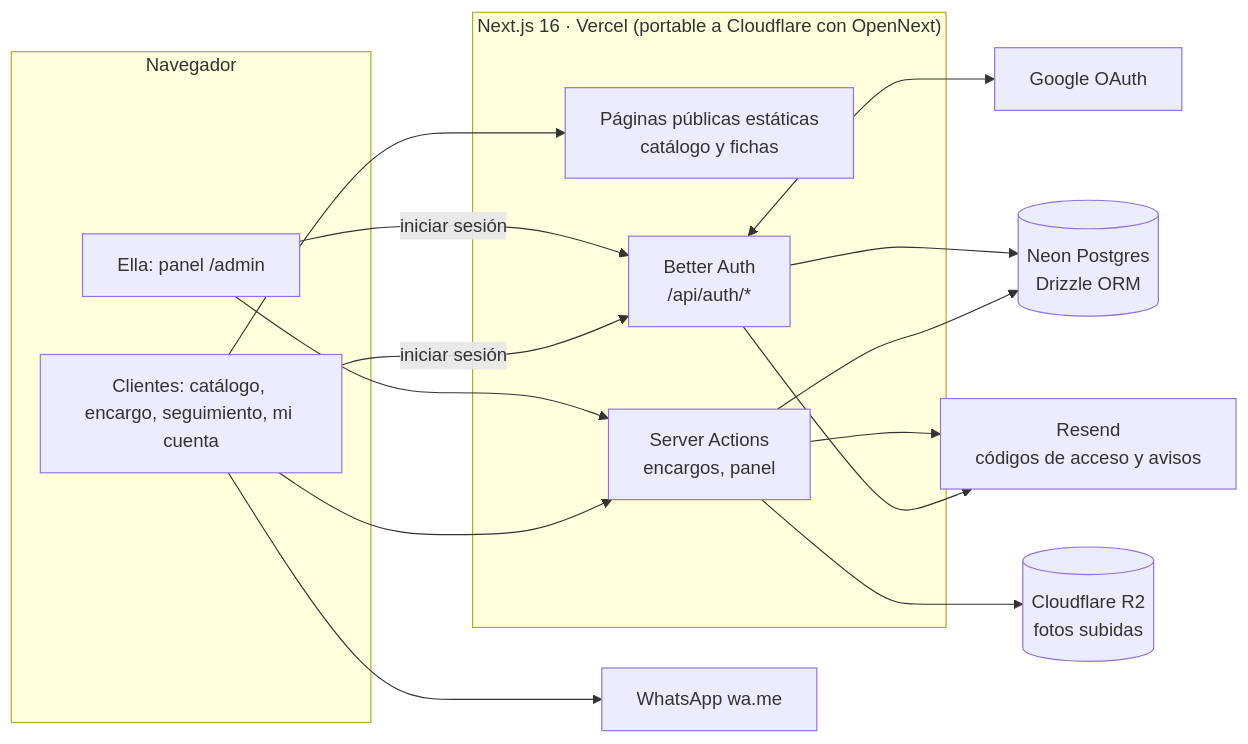
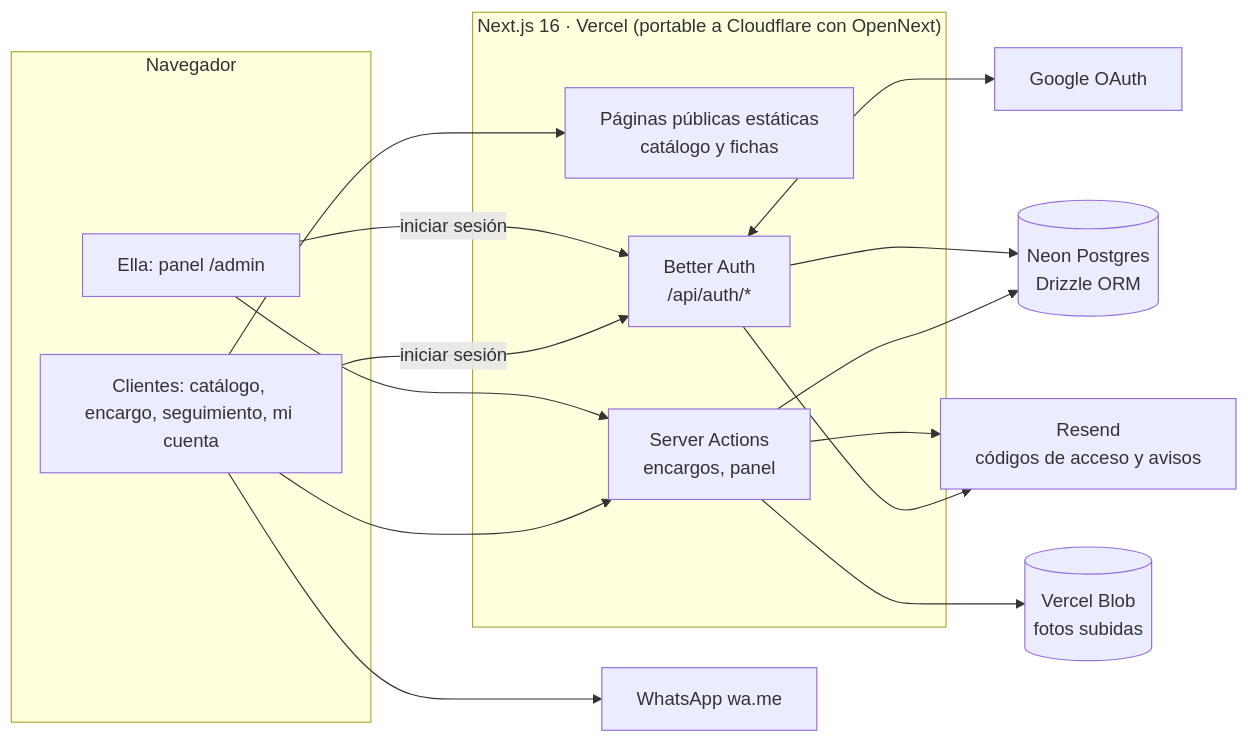
Before and after one commit to axchisan/magichands: the diagram in docs/05-arquitectura.md, drawn with Mermaid. The commit also changed other lines of this file and 47 other files, not shown here.

````diff
--- a/docs/05-arquitectura.md
+++ b/docs/05-arquitectura.md
@@ -12,28 +12,28 @@
 ```mermaid
 flowchart LR
   subgraph Navegador
     C[Clientes: catálogo, encargo, seguimiento, mi cuenta]
     A[Ella: panel /admin]
   end
   subgraph Web["Next.js 16 · Vercel (portable a Cloudflare con OpenNext)"]
     P[Páginas públicas estáticas<br/>catálogo y fichas]
     AUTH[Better Auth<br/>/api/auth/*]
     SA[Server Actions<br/>encargos, panel]
   end
   DB[(Neon Postgres<br/>Drizzle ORM)]
-  R2[(Cloudflare R2<br/>fotos subidas)]
+  R2[(Vercel Blob<br/>fotos subidas)]
   MAIL[Resend<br/>códigos de acceso y avisos]
   G[Google OAuth]
   WA[WhatsApp wa.me]
   C --> P
   C --> SA --> DB
   C -- iniciar sesión --> AUTH
   A -- iniciar sesión --> AUTH
   AUTH --> DB
   AUTH <--> G
   AUTH --> MAIL
   A --> SA
   SA --> R2
   SA --> MAIL
   C --> WA
 ```
````
